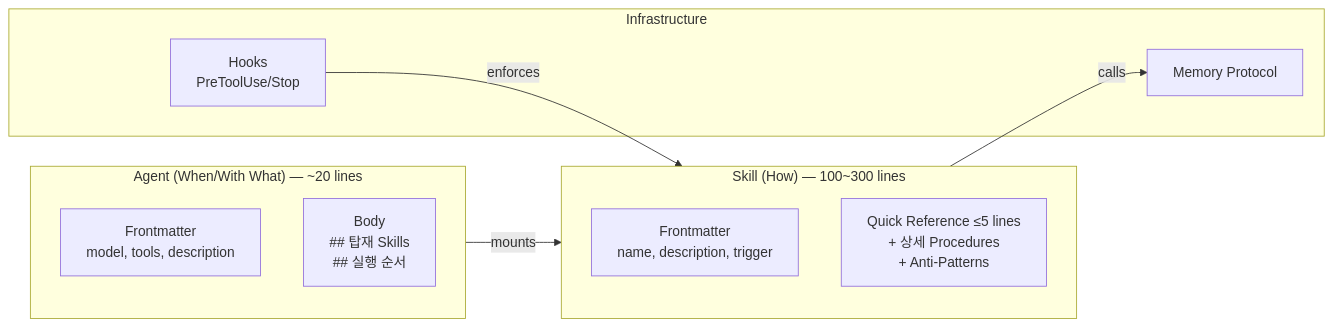
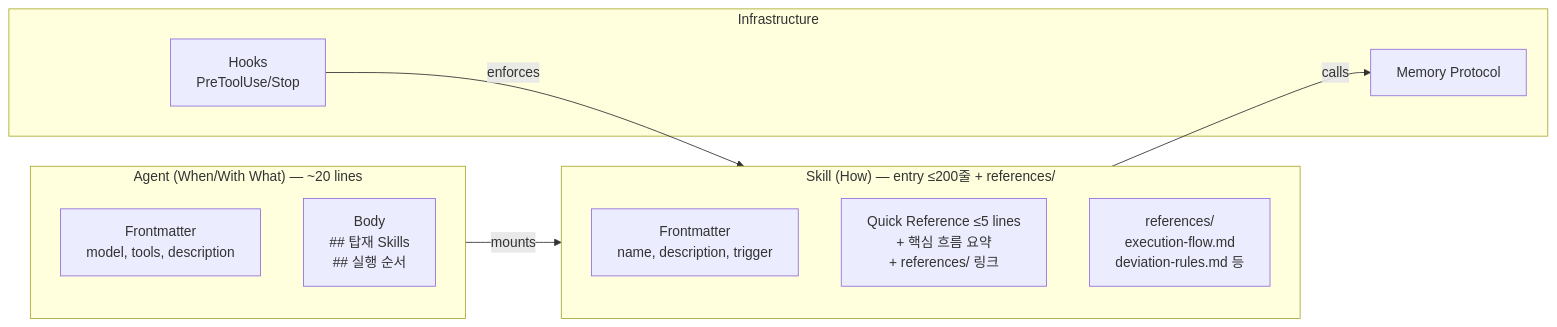
One commit to SukbeomH/HExoskeleton changed the second of 10 diagrams in docs/system-architecture.md. Above: the diagram before and after it, drawn with Mermaid. The commit also changed other lines of this file and 5 other files, not shown here.

````diff
--- a/docs/system-architecture.md
+++ b/docs/system-architecture.md
@@ -62,21 +62,22 @@
 ```mermaid
 graph LR
     subgraph Agent["Agent (When/With What) — ~20 lines"]
         AF[Frontmatter<br/>model, tools, description]
         AB[Body<br/>## 탑재 Skills<br/>## 실행 순서]
     end
 
-    subgraph Skill["Skill (How) — 100~300 lines"]
+    subgraph Skill["Skill (How) — entry ≤200줄 + references/"]
         SF[Frontmatter<br/>name, description, trigger]
-        SB[Quick Reference ≤5 lines<br/>+ 상세 Procedures<br/>+ Anti-Patterns]
+        SB[Quick Reference ≤5 lines<br/>+ 핵심 흐름 요약<br/>+ references/ 링크]
+        SR[references/<br/>execution-flow.md<br/>deviation-rules.md 등]
     end
 
     subgraph Infra["Infrastructure"]
         H[Hooks<br/>PreToolUse/Stop]
         M[Memory Protocol]
     end
 
     Agent -->|mounts| Skill
     Skill -->|calls| M
     H -->|enforces| Skill
 ```
````
